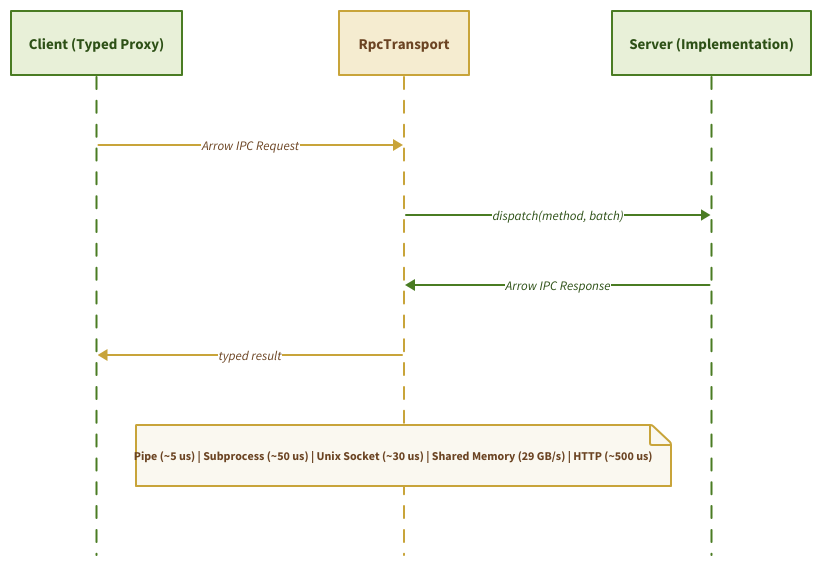
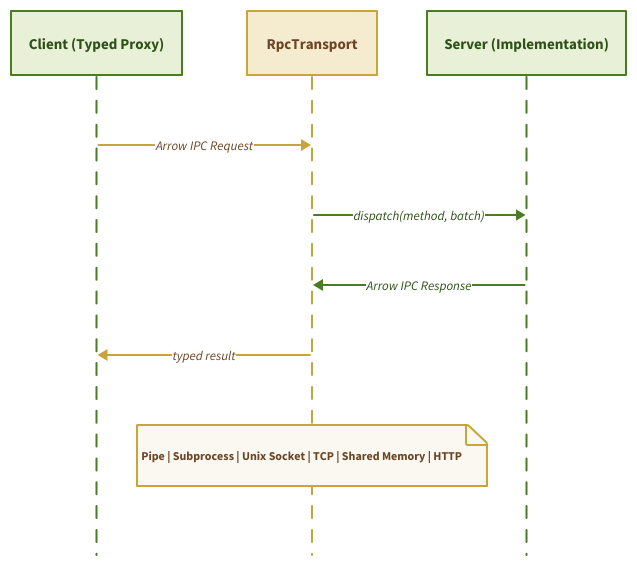
One commit to Query-farm/vgi-rpc-website changed the diagram in src/diagrams/transport-overview.d2. Above: the diagram before and after it, drawn with D2. The commit also changed 38 other files, not shown here.

```diff
--- a/src/diagrams/transport-overview.d2
+++ b/src/diagrams/transport-overview.d2
@@ -1,62 +1,62 @@
 shape: sequence_diagram
 
 client: Client (Typed Proxy) {
   style: {
     fill: "#e8f0d8"
     stroke: "#4a7c23"
     font-color: "#2d5016"
     bold: true
     font-size: 15
   }
 }
 
 transport: RpcTransport {
   style: {
     fill: "#f5ecd0"
     stroke: "#c8a43a"
     font-color: "#6b4423"
     bold: true
     font-size: 15
   }
 }
 
 server: Server (Implementation) {
   style: {
     fill: "#e8f0d8"
     stroke: "#4a7c23"
     font-color: "#2d5016"
     bold: true
     font-size: 15
   }
 }
 
 client -> transport: Arrow IPC Request {
   style.stroke: "#c8a43a"
   style.font-color: "#6b4423"
   style.font-size: 13
 }
 transport -> server: dispatch(method, batch) {
   style.stroke: "#4a7c23"
   style.font-color: "#2d5016"
   style.font-size: 13
 }
 server -> transport: Arrow IPC Response {
   style.stroke: "#4a7c23"
   style.font-color: "#2d5016"
   style.font-size: 13
 }
 transport -> client: typed result {
   style.stroke: "#c8a43a"
   style.font-color: "#6b4423"
   style.font-size: 13
 }
 
-transport."Pipe (~5 us) | Subprocess (~50 us) | Unix Socket (~30 us) | Shared Memory (29 GB/s) | HTTP (~500 us)" {
+transport."Pipe | Subprocess | Unix Socket | TCP | Shared Memory | HTTP" {
   style: {
     fill: "#faf8f0"
     stroke: "#c8a43a"
     font-color: "#6b4423"
     font-size: 12
     bold: true
   }
 }
```
